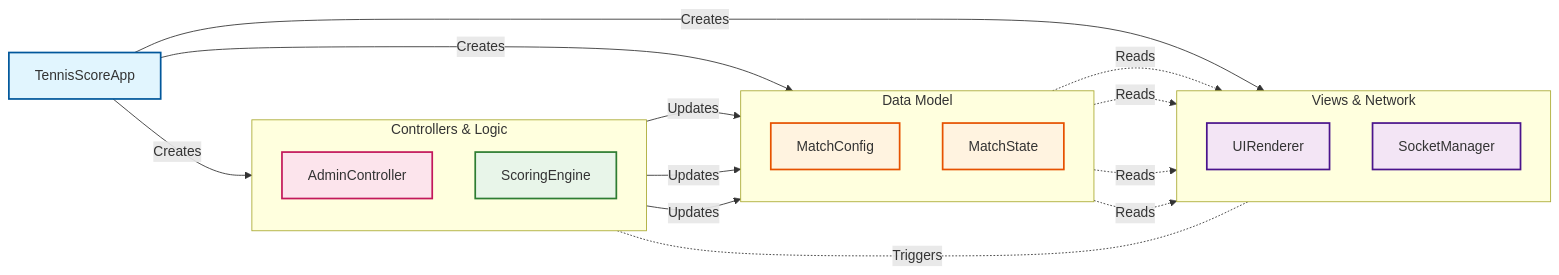
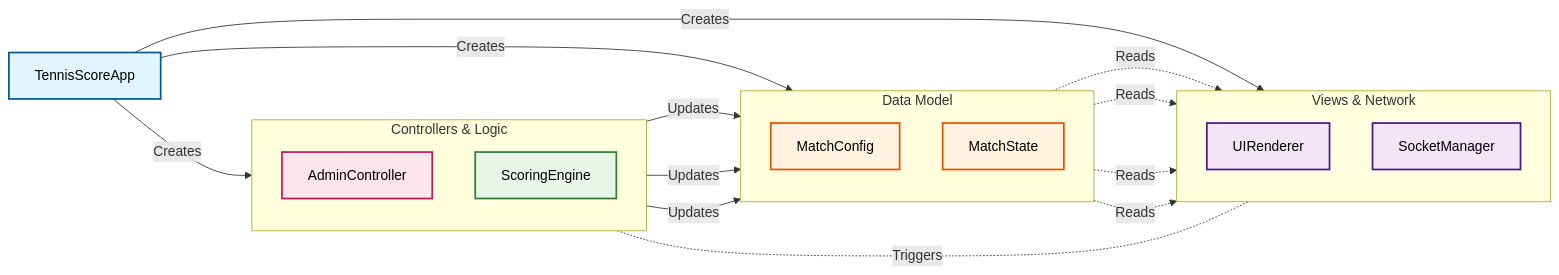
Before and after one commit to victorvos/tennis-score: the diagram in README.md, drawn with Mermaid.

Commit message:
docs: Add black text color to Mermaid diagram class definitions in README.

````diff
--- a/README.md
+++ b/README.md
@@ -66,53 +66,53 @@
 ```mermaid
 graph LR
     %% Styling Classes
-    classDef main fill:#e1f5fe,stroke:#01579b,stroke-width:2px
-    classDef control fill:#fce4ec,stroke:#c2185b,stroke-width:2px
-    classDef logic fill:#e8f5e9,stroke:#2e7d32,stroke-width:2px
-    classDef data fill:#fff3e0,stroke:#e65100,stroke-width:2px
-    classDef view fill:#f3e5f5,stroke:#4a148c,stroke-width:2px
+    classDef main fill:#e1f5fe,stroke:#01579b,stroke-width:2px,color:black
+    classDef control fill:#fce4ec,stroke:#c2185b,stroke-width:2px,color:black
+    classDef logic fill:#e8f5e9,stroke:#2e7d32,stroke-width:2px,color:black
+    classDef data fill:#fff3e0,stroke:#e65100,stroke-width:2px,color:black
+    classDef view fill:#f3e5f5,stroke:#4a148c,stroke-width:2px,color:black
 
     %% 1. Initialization (Top)
     App[TennisScoreApp]:::main
 
     %% 2. Controllers (Left)
     subgraph Inputs [Controllers & Logic]
         direction TB
         Admin[AdminController]:::control
         Scoring[ScoringEngine]:::logic
     end
 
     %% 3. Model (Center)
     subgraph Model [Data Model]
         direction TB
         Config[MatchConfig]:::data
         State[MatchState]:::data
     end
 
     %% 4. Views (Right)
     subgraph Outputs [Views & Network]
         direction TB
         Renderer[UIRenderer]:::view
         Socket[SocketManager]:::view
     end
 
     %% Wiring (Initialization)
     App -- Creates --> Inputs
     App -- Creates --> Model
     App -- Creates --> Outputs
 
     %% Data Flow (Left to Right)
     Admin -->|Updates| Config
     Admin -->|Updates| State
     Scoring -->|Updates| State
 
     %% Read Flow
     Config -.->|Reads| Renderer
     State -.->|Reads| Renderer
     
     Config -.->|Reads| Socket
     State -.->|Reads| Socket
 
     %% Triggers
     Admin -.-|Triggers| Renderer
 ```
````
